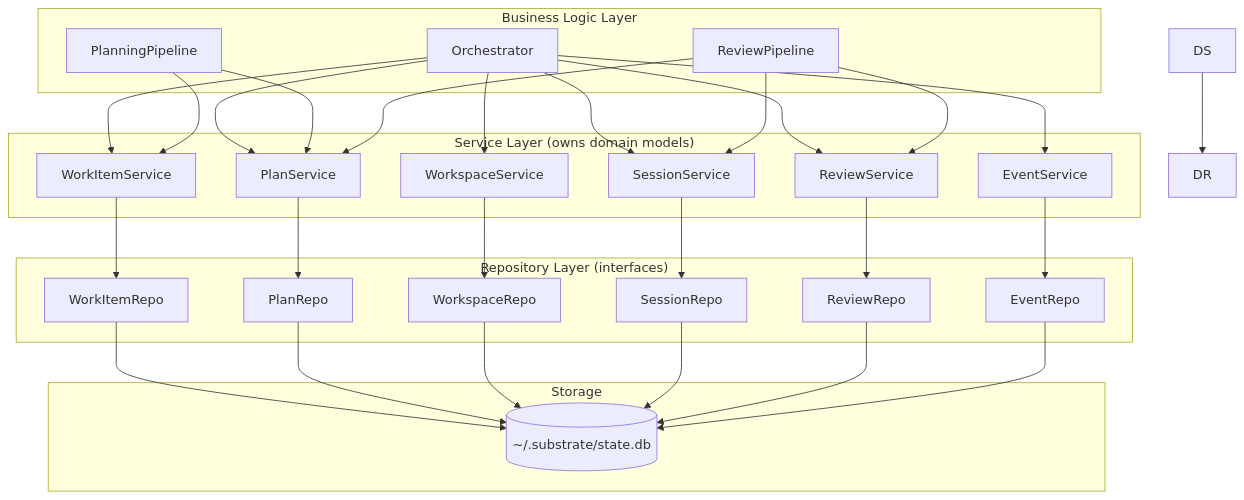
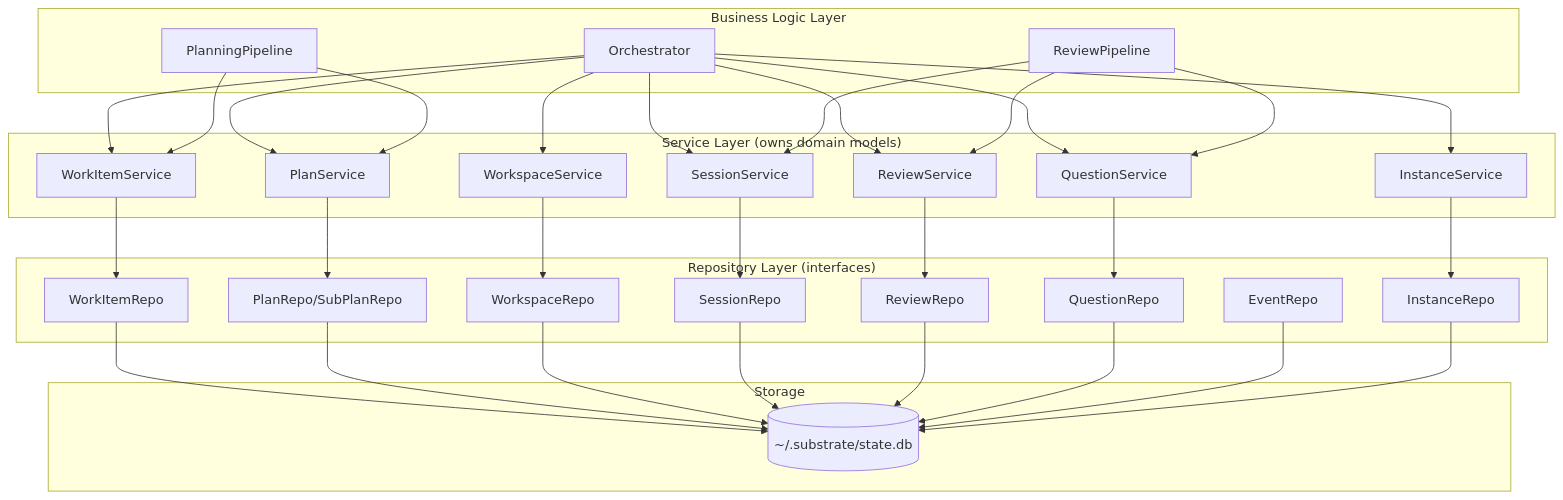
The diagram in docs/02-layered-architecture.md (beeemT/substrate), drawn with Mermaid before and after one commit. The commit also changed other lines of this file and 9 other files, not shown here.

````diff
--- a/docs/02-layered-architecture.md
+++ b/docs/02-layered-architecture.md
@@ -5,23 +6,23 @@
 ```mermaid
 graph TD
     subgraph "Business Logic Layer"
         ORCH[Orchestrator] & PP[PlanningPipeline] & RP[ReviewPipeline]
     end
     subgraph "Service Layer (owns domain models)"
         WIS[WorkItemService] & PS[PlanService] & WSS[WorkspaceService]
-        SS[SessionService] & RS[ReviewService] & ES[EventService]
+        SS[SessionService] & RS[ReviewService] & QS[QuestionService] & IS[InstanceService]
     end
     subgraph "Repository Layer (interfaces)"
-        WIR[WorkItemRepo] & PR[PlanRepo] & WSR[WorkspaceRepo]
-        SR[SessionRepo] & RR[ReviewRepo] & ER[EventRepo]
+        WIR[WorkItemRepo] & PR[PlanRepo/SubPlanRepo] & WSR[WorkspaceRepo]
+        SR[SessionRepo] & RR[ReviewRepo] & QR[QuestionRepo] & ER[EventRepo] & IR[InstanceRepo]
     end
     subgraph "Storage"
         DB[(~/.substrate/state.db)]
     end
-    ORCH --> WIS & PS & WSS & SS & RS & ES
+    ORCH --> WIS & PS & WSS & SS & RS & QS & IS
     PP --> PS & WIS
-    RP --> RS & SS & PS
+    RP --> RS & SS & QS
     WIS --> WIR; PS --> PR; WSS --> WSR; SS --> SR
-    DS --> DR; RS --> RR; ES --> ER
-    WIR & PR & WSR & SR & RR & ER --> DB
+    RS --> RR; QS --> QR; IS --> IR
+    WIR & PR & WSR & SR & RR & QR & ER & IR --> DB
 ```
````
